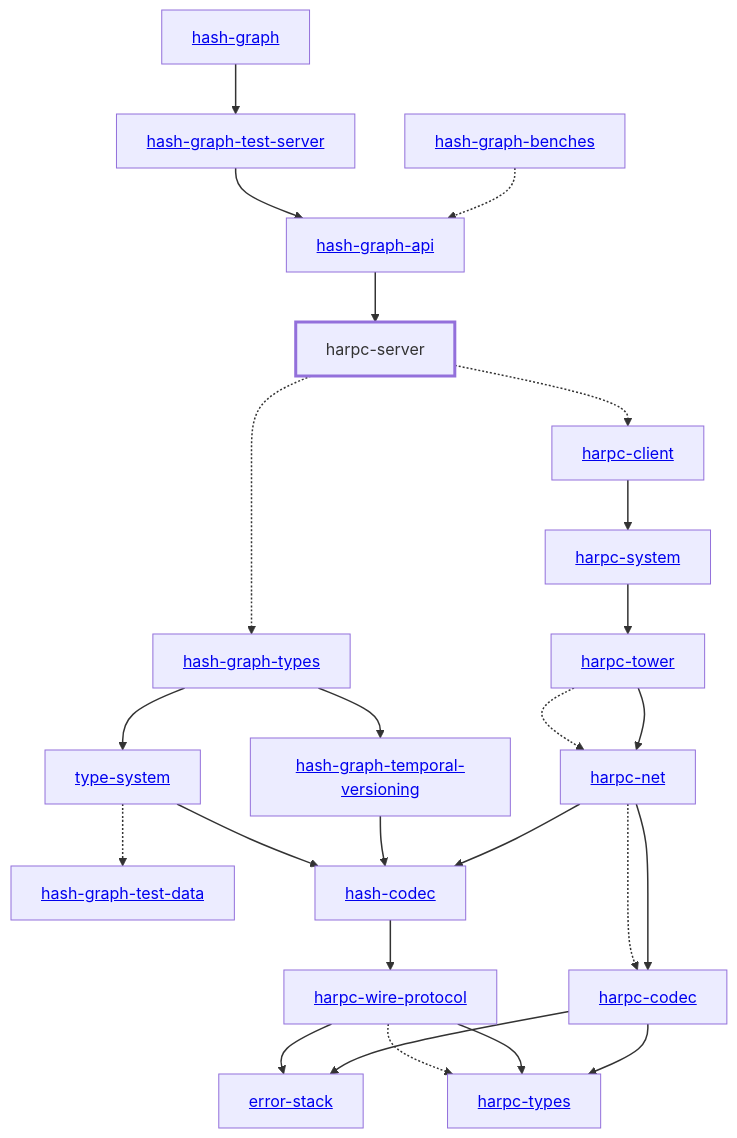
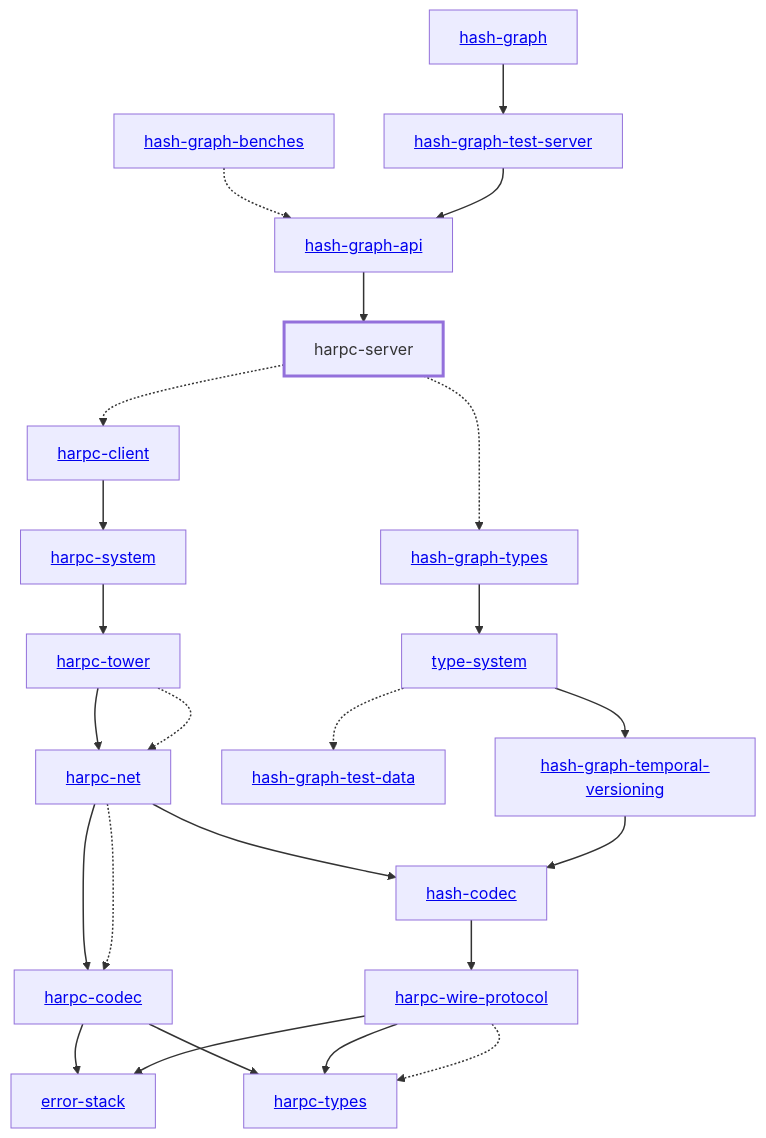
Before and after one commit to hashintel/hash: the diagram in libs/@local/harpc/server/docs/dependency-diagram.mmd, drawn with Mermaid. The commit also changed 39 other files, not shown here.

```diff
--- a/libs/@local/harpc/server/docs/dependency-diagram.mmd
+++ b/libs/@local/harpc/server/docs/dependency-diagram.mmd
@@ -1,53 +1,52 @@
 graph TD
     linkStyle default stroke-width:1.5px
     classDef default stroke-width:1px
     classDef root stroke-width:3px
     classDef dev stroke-width:1px
     classDef build stroke-width:1px
     %% Legend
     %% --> : Normal dependency
     %% -.-> : Dev dependency
     %% ---> : Build dependency
     0[<a href="../hash_graph/index.html">hash-graph</a>]
     1[<a href="../hash_graph_api/index.html">hash-graph-api</a>]
     2[<a href="../type_system/index.html">type-system</a>]
     3[<a href="../hash_graph_benches/index.html">hash-graph-benches</a>]
     4[<a href="../hash_graph_temporal_versioning/index.html">hash-graph-temporal-versioning</a>]
     5[<a href="../hash_graph_test_data/index.html">hash-graph-test-data</a>]
     6[<a href="../hash_graph_test_server/index.html">hash-graph-test-server</a>]
     7[<a href="../error_stack/index.html">error-stack</a>]
     8[<a href="../hash_graph_types/index.html">hash-graph-types</a>]
     9[<a href="../harpc_client/index.html">harpc-client</a>]
     10[<a href="../harpc_codec/index.html">harpc-codec</a>]
     11[<a href="../harpc_net/index.html">harpc-net</a>]
     12[harpc-server]
     class 12 root
     13[<a href="../harpc_system/index.html">harpc-system</a>]
     14[<a href="../harpc_tower/index.html">harpc-tower</a>]
     15[<a href="../harpc_types/index.html">harpc-types</a>]
     16[<a href="../harpc_wire_protocol/index.html">harpc-wire-protocol</a>]
     17[<a href="../hash_codec/index.html">hash-codec</a>]
-    8 --> 4
+    3 -.-> 1
     9 --> 13
     10 --> 7
     10 --> 15
     11 --> 10
     11 --> 17
     11 -.-> 10
     12 -.-> 9
     12 -.-> 8
     13 --> 14
     14 --> 11
     14 -.-> 11
     16 --> 7
     16 --> 15
     16 -.-> 15
     17 --> 16
-    3 -.-> 1
+    0 --> 6
+    8 --> 2
+    1 --> 12
     2 -.-> 5
-    0 --> 6
+    2 --> 4
+    4 --> 17
     6 --> 1
-    1 --> 12
-    4 --> 17
-    2 --> 17
-    8 --> 2
```
